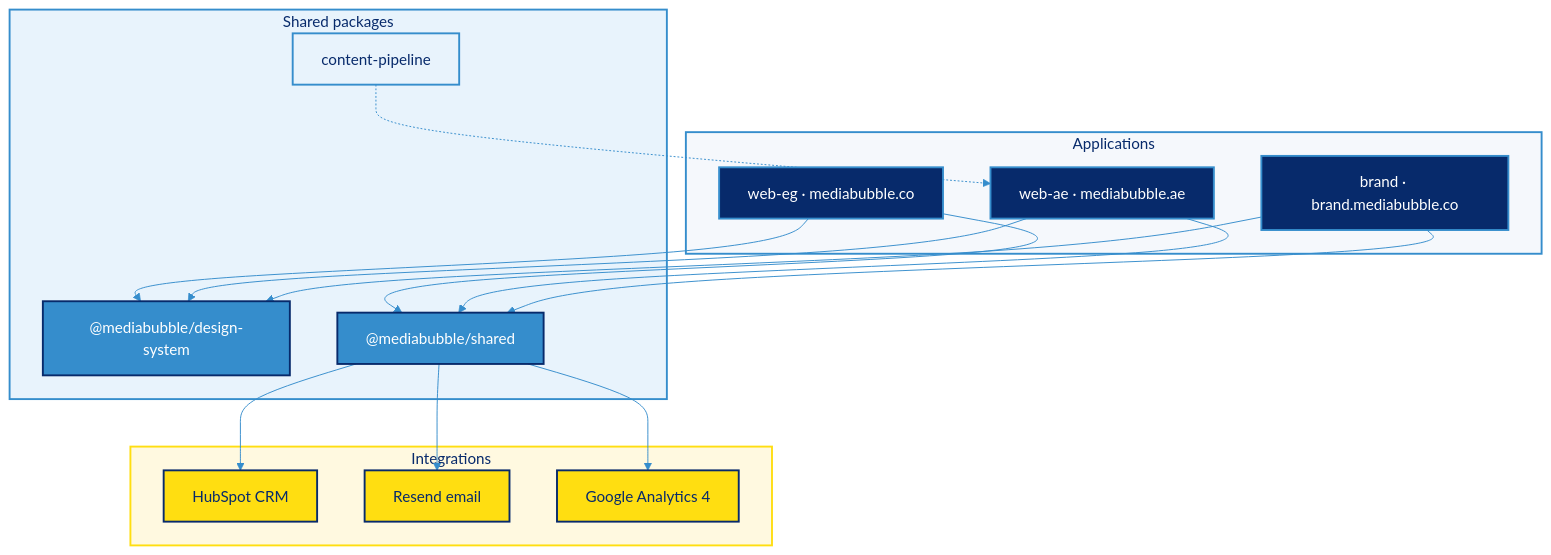
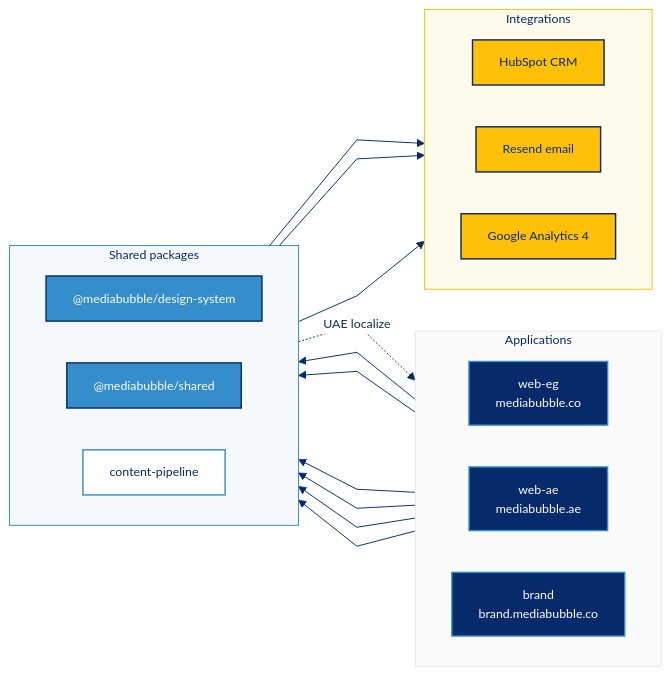
One commit to mediabubble-adv/mediaBubble changed the diagram in README.md. Above: the diagram before and after it, drawn with Mermaid. The commit also changed 3 other files, not shown here.

Commit message:
fix(shared): resolve Edge Runtime crash by precalculating inline script hashes

````diff
--- a/README.md
+++ b/README.md
@@ -59,46 +59,43 @@
 ```mermaid
-%%{init: {"theme":"base","themeVariables":{"fontFamily":"Inter, system-ui, sans-serif","lineColor":"#358DCC","primaryTextColor":"#072A6B","primaryColor":"#E8F3FC","primaryBorderColor":"#358DCC","secondaryColor":"#FFF9E0","tertiaryColor":"#F5F8FC"}}}%%
-flowchart TB
-  subgraph apps [Applications]
-    EG["web-eg · mediabubble.co"]
-    AE["web-ae · mediabubble.ae"]
-    BR["brand · brand.mediabubble.co"]
+%%{init: {"theme":"base","themeVariables":{"fontFamily":"Poppins, Inter, system-ui, sans-serif","fontSize":"13px","lineColor":"#072A6B","primaryTextColor":"#072A6B","primaryBorderColor":"#358DCC","clusterBkg":"#FAFAFA","clusterBorder":"#E8E8E8","titleColor":"#072A6B","edgeLabelBackground":"#FFFFFF"},"flowchart":{"curve":"linear","nodeSpacing":44,"rankSpacing":52,"padding":14,"diagramPadding":10}}}%%
+flowchart LR
+  subgraph apps ["Applications"]
+    direction LR
+    EG["web-eg<br/>mediabubble.co"]
+    AE["web-ae<br/>mediabubble.ae"]
+    BR["brand<br/>brand.mediabubble.co"]
   end
 
-  subgraph packages [Shared packages]
+  subgraph packages ["Shared packages"]
+    direction LR
     DS["@mediabubble/design-system"]
     SH["@mediabubble/shared"]
     CP["content-pipeline"]
   end
 
-  subgraph integrations [Integrations]
+  subgraph integrations ["Integrations"]
+    direction LR
     HS["HubSpot CRM"]
     RS["Resend email"]
     GA["Google Analytics 4"]
   end
 
-  EG --> DS
-  EG --> SH
-  AE --> DS
-  AE --> SH
-  BR --> DS
-  BR --> SH
-  CP -.-> AE
-  SH --> HS
-  SH --> RS
-  SH --> GA
+  EG & AE & BR --> DS
+  EG & AE & BR --> SH
+  CP -.->|UAE localize| AE
+  SH --> HS & RS & GA
 
-  classDef app fill:#072A6B,stroke:#358DCC,color:#FFFFFF,stroke-width:2px
-  classDef pkg fill:#358DCC,stroke:#072A6B,color:#FFFFFF,stroke-width:2px
-  classDef pipe fill:#E8F3FC,stroke:#358DCC,color:#072A6B,stroke-width:2px
-  classDef integration fill:#FFDE11,stroke:#072A6B,color:#072A6B,stroke-width:2px
+  classDef app fill:#072A6B,stroke:#358DCC,color:#FFFFFF,stroke-width:1.5px
+  classDef pkg fill:#358DCC,stroke:#072A6B,color:#FFFFFF,stroke-width:1.5px
+  classDef pipe fill:#FFFFFF,stroke:#358DCC,color:#072A6B,stroke-width:1.5px
+  classDef integration fill:#FFC107,stroke:#072A6B,color:#072A6B,stroke-width:1.5px
 
   class EG,AE,BR app
   class DS,SH pkg
   class CP pipe
   class HS,RS,GA integration
 
-  style apps fill:#F5F8FC,stroke:#358DCC,stroke-width:2px,color:#072A6B
-  style packages fill:#E8F3FC,stroke:#358DCC,stroke-width:2px,color:#072A6B
-  style integrations fill:#FFF9E0,stroke:#FFDE11,stroke-width:2px,color:#072A6B
+  style apps fill:#FAFAFA,stroke:#E8E8E8,stroke-width:1px,color:#072A6B
+  style packages fill:#F5F8FC,stroke:#358DCC,stroke-width:1px,color:#072A6B
+  style integrations fill:#FFFBEB,stroke:#FFC107,stroke-width:1px,color:#072A6B
 ```
````
